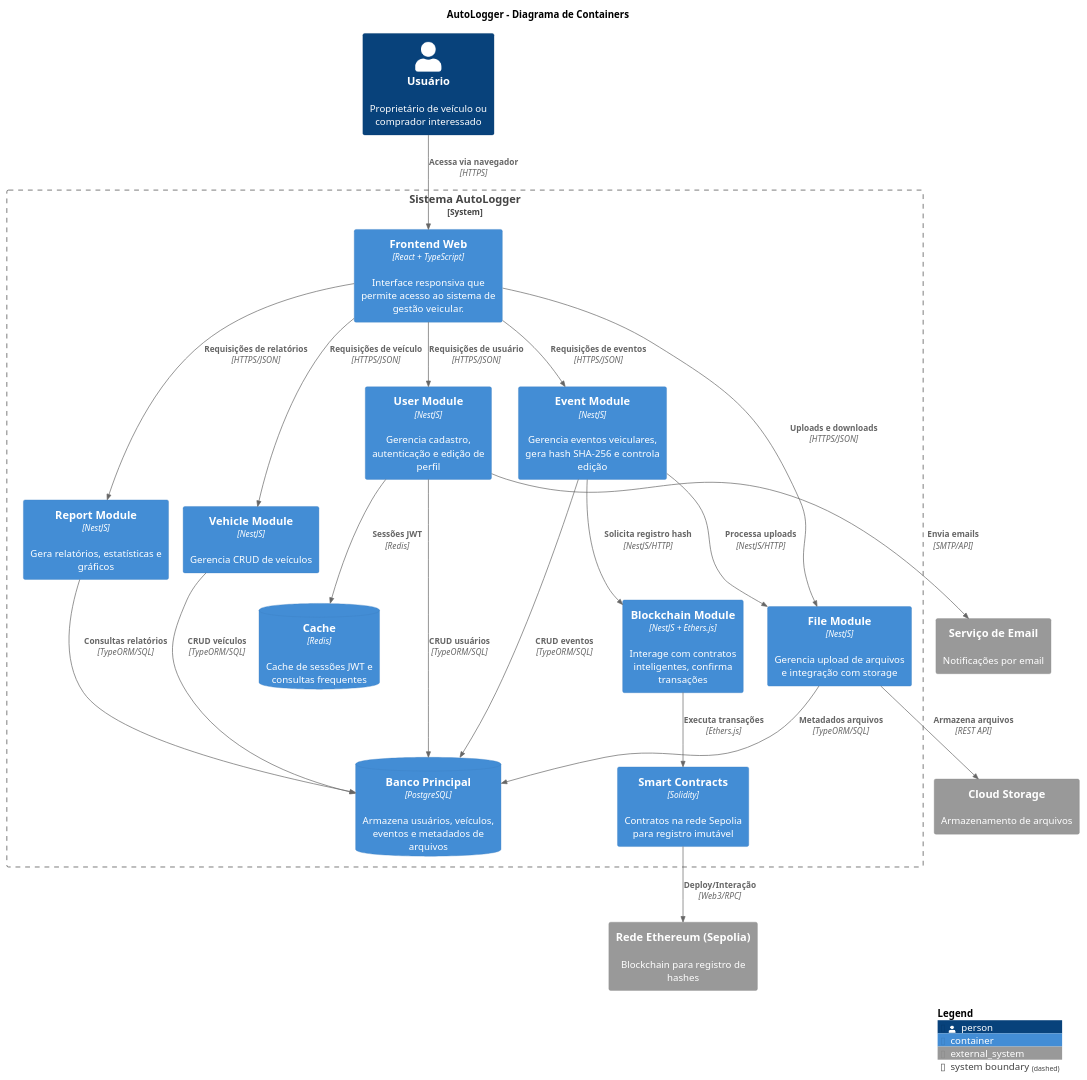
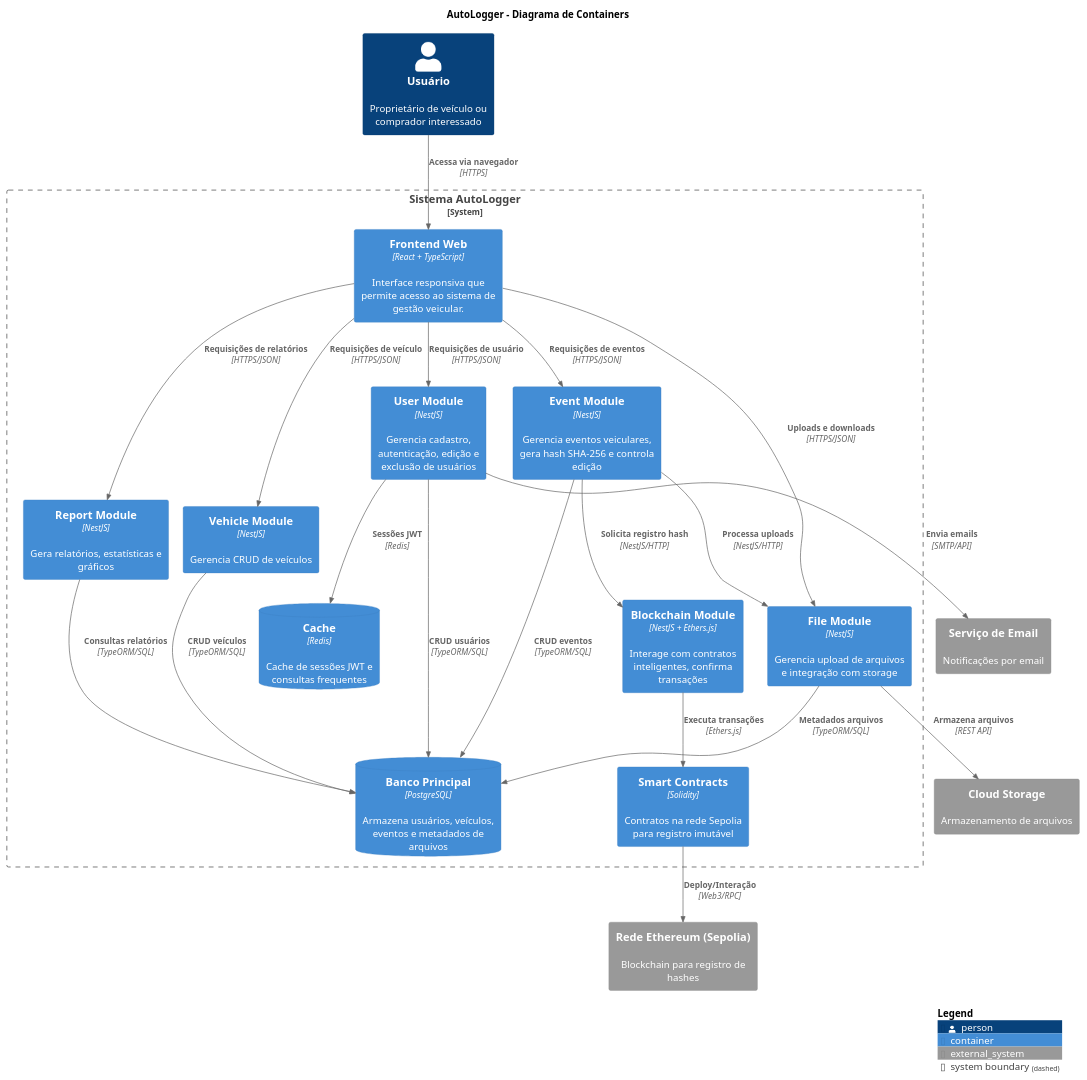
The second of 4 diagrams in docs/c4_architecture/c4_architecture.puml (Pellegr1n1/autologger-services), drawn with PlantUML before and after one commit. The commit also changed 1 other file, not shown here.

```diff
--- a/docs/c4_architecture/c4_architecture.puml
+++ b/docs/c4_architecture/c4_architecture.puml
@@ -30,61 +30,61 @@
 @startuml c4_level2
 !includeurl https://raw.githubusercontent.com/plantuml-stdlib/C4-PlantUML/master/C4_Container.puml
 
 title AutoLogger - Diagrama de Containers
 
 LAYOUT_TOP_DOWN()
 
 Person(user, "Usuário", "Proprietário de veículo ou comprador interessado")
 
 System_Boundary(autologger_boundary, "Sistema AutoLogger") {
     Container(frontend, "Frontend Web", "React + TypeScript", "Interface responsiva que permite acesso ao sistema de gestão veicular.")
     
-    Container(user_module, "User Module", "NestJS", "Gerencia cadastro, autenticação e edição de perfil")
+    Container(user_module, "User Module", "NestJS", "Gerencia cadastro, autenticação, edição e exclusão de usuários")
     
     Container(vehicle_module, "Vehicle Module", "NestJS", "Gerencia CRUD de veículos")
     
     Container(event_module, "Event Module", "NestJS", "Gerencia eventos veiculares, gera hash SHA-256 e controla edição")
     
     Container(report_module, "Report Module", "NestJS", "Gera relatórios, estatísticas e gráficos")
     
     Container(blockchain_module, "Blockchain Module", "NestJS + Ethers.js", "Interage com contratos inteligentes, confirma transações")
     
     Container(file_module, "File Module", "NestJS", "Gerencia upload de arquivos e integração com storage")
     
     ContainerDb(main_db, "Banco Principal", "PostgreSQL", "Armazena usuários, veículos, eventos e metadados de arquivos")
     
     ContainerDb(cache_db, "Cache", "Redis", "Cache de sessões JWT e consultas frequentes")
     
     Container(smart_contracts, "Smart Contracts", "Solidity", "Contratos na rede Sepolia para registro imutável")
 }
 
 System_Ext(ethereum_net, "Rede Ethereum (Sepolia)", "Blockchain para registro de hashes")
 System_Ext(email_ext, "Serviço de Email", "Notificações por email")
 System_Ext(storage_ext, "Cloud Storage", "Armazenamento de arquivos")
 
 Rel(user, frontend, "Acessa via navegador", "HTTPS")
 
 Rel(frontend, user_module, "Requisições de usuário", "HTTPS/JSON")
 Rel(frontend, vehicle_module, "Requisições de veículo", "HTTPS/JSON")
 Rel(frontend, event_module, "Requisições de eventos", "HTTPS/JSON")
 Rel(frontend, report_module, "Requisições de relatórios", "HTTPS/JSON")
 Rel(frontend, file_module, "Uploads e downloads", "HTTPS/JSON")
 
 Rel(user_module, main_db, "CRUD usuários", "TypeORM/SQL")
 Rel(vehicle_module, main_db, "CRUD veículos", "TypeORM/SQL")
 Rel(event_module, main_db, "CRUD eventos", "TypeORM/SQL")
 Rel(report_module, main_db, "Consultas relatórios", "TypeORM/SQL")
 Rel(file_module, main_db, "Metadados arquivos", "TypeORM/SQL")
 
 Rel(user_module, cache_db, "Sessões JWT", "Redis")
 
 Rel(event_module, blockchain_module, "Solicita registro hash", "NestJS/HTTP")
 Rel(blockchain_module, smart_contracts, "Executa transações", "Ethers.js")
 Rel(smart_contracts, ethereum_net, "Deploy/Interação", "Web3/RPC")
 
 Rel(event_module, file_module, "Processa uploads", "NestJS/HTTP")
 Rel(file_module, storage_ext, "Armazena arquivos", "REST API")
 Rel(user_module, email_ext, "Envia emails", "SMTP/API")
 
 SHOW_LEGEND()
 @enduml
```
